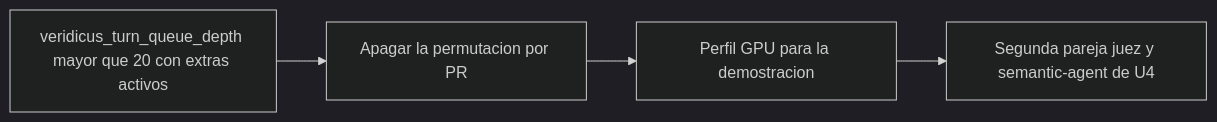
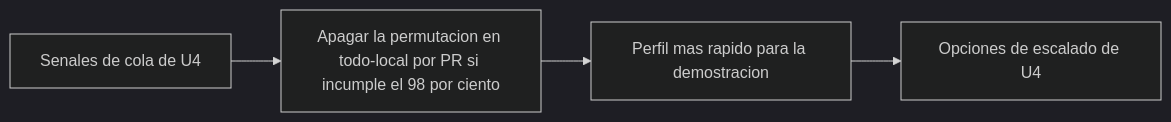
The diagram in aidlc/spaces/default/intents/261002-veridicus-mvp/construction/assistant-extras/nfr-design/scalability-design.md (freyesJaveriana/tai), drawn with Mermaid (dark theme) before and after one commit. The commit also changed other lines of this file and 10 other files, not shown here.

````diff
--- a/aidlc/spaces/default/intents/261002-veridicus-mvp/construction/assistant-extras/nfr-design/scalability-design.md
+++ b/aidlc/spaces/default/intents/261002-veridicus-mvp/construction/assistant-extras/nfr-design/scalability-design.md
@@ -60,6 +75,6 @@
 ```mermaid
 flowchart LR
-  M[veridicus_turn_queue_depth mayor que 20 con extras activos] --> A[Apagar la permutacion por PR]
-  A --> G[Perfil GPU para la demostracion]
-  G --> P[Segunda pareja juez y semantic-agent de U4]
+  S[Senales de cola de U4] --> A[Apagar la permutacion en todo-local por PR si incumple el 98 por ciento]
+  A --> G[Perfil mas rapido para la demostracion]
+  G --> U[Opciones de escalado de U4]
 ```
````
